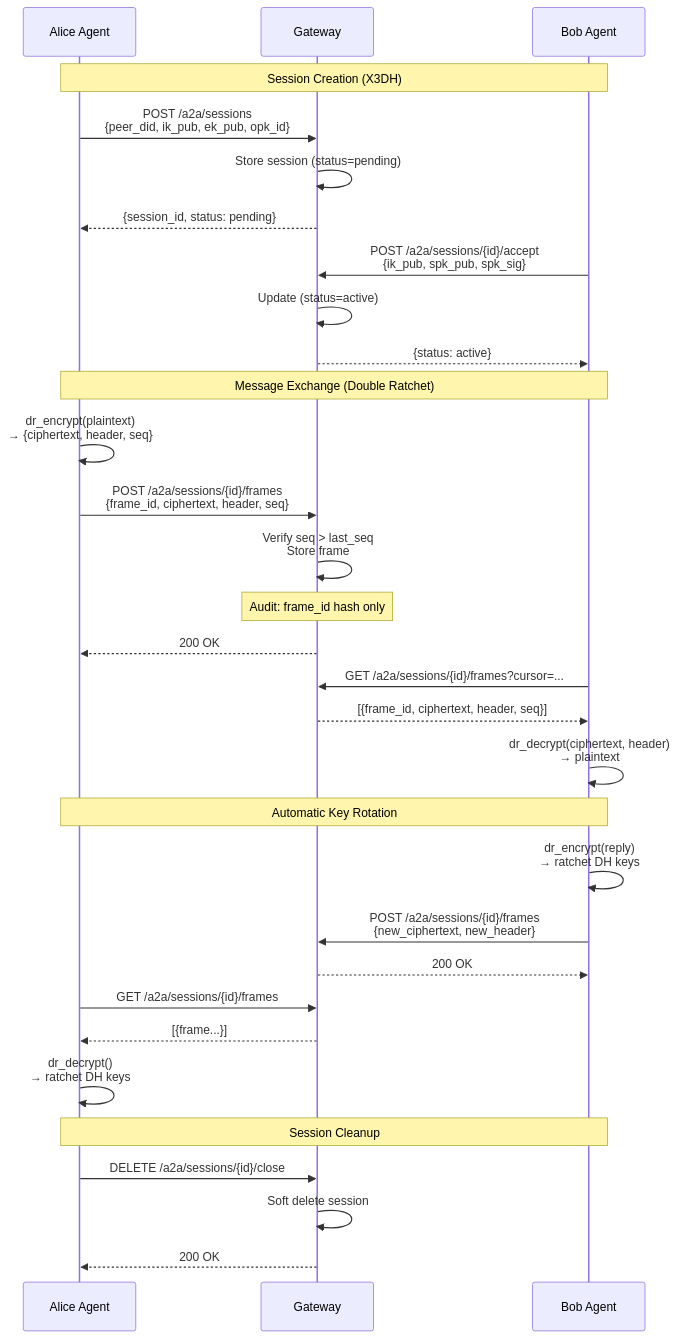
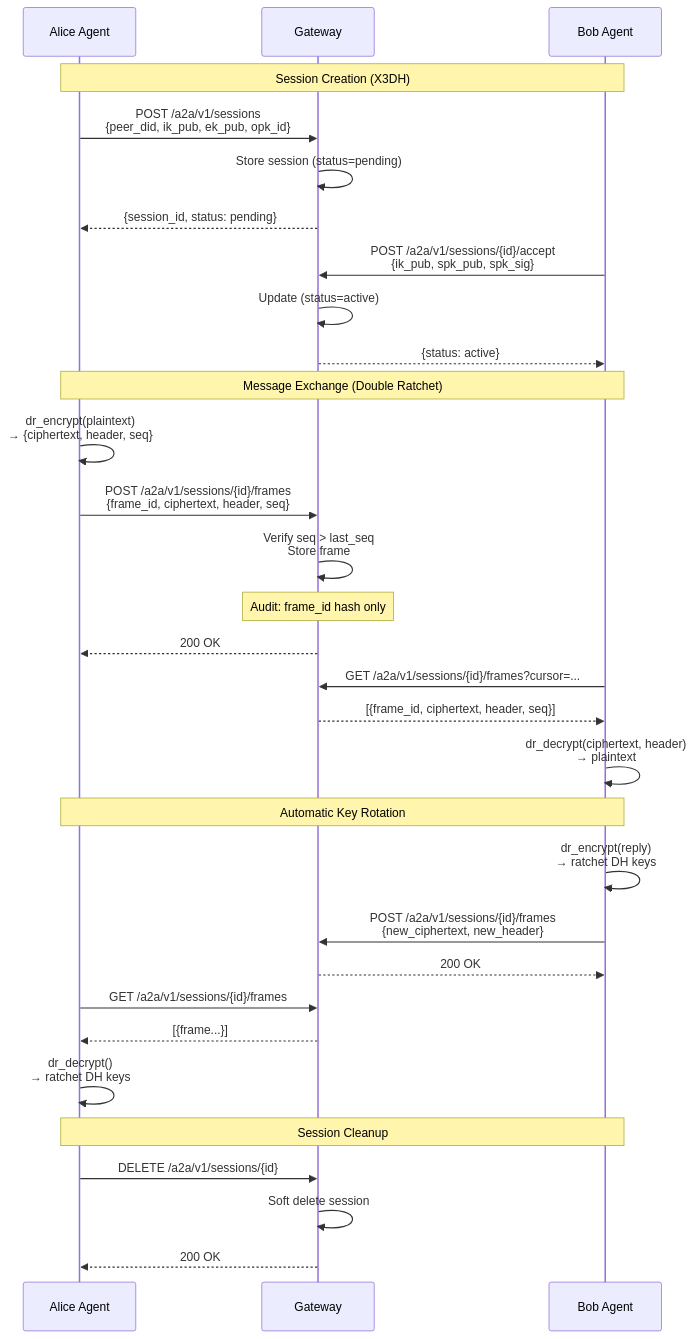
One commit to talosprotocol/talos-docs changed the diagram in features/messaging/a2a-channels.md. Above: the diagram before and after it, drawn with Mermaid. The commit also changed other lines of this file and 24 other files, not shown here.

````diff
--- a/features/messaging/a2a-channels.md
+++ b/features/messaging/a2a-channels.md
@@ -20,44 +24,44 @@
 ```mermaid
 sequenceDiagram
     participant Alice as Alice Agent
     participant GW as Gateway
     participant Bob as Bob Agent
     
     Note over Alice,Bob: Session Creation (X3DH)
     
-    Alice->>GW: POST /a2a/sessions<br/>{peer_did, ik_pub, ek_pub, opk_id}
+    Alice->>GW: POST /a2a/v1/sessions<br/>{peer_did, ik_pub, ek_pub, opk_id}
     GW->>GW: Store session (status=pending)
     GW-->>Alice: {session_id, status: pending}
     
-    Bob->>GW: POST /a2a/sessions/{id}/accept<br/>{ik_pub, spk_pub, spk_sig}
+    Bob->>GW: POST /a2a/v1/sessions/{id}/accept<br/>{ik_pub, spk_pub, spk_sig}
     GW->>GW: Update (status=active)
     GW-->>Bob: {status: active}
     
     Note over Alice,Bob: Message Exchange (Double Ratchet)
    
     Alice->>Alice: dr_encrypt(plaintext)<br/>→ {ciphertext, header, seq}
-    Alice->>GW: POST /a2a/sessions/{id}/frames<br/>{frame_id, ciphertext, header, seq}
+    Alice->>GW: POST /a2a/v1/sessions/{id}/frames<br/>{frame_id, ciphertext, header, seq}
     GW->>GW: Verify seq > last_seq<br/>Store frame
     Note over GW: Audit: frame_id hash only
     GW-->>Alice: 200 OK
     
-    Bob->>GW: GET /a2a/sessions/{id}/frames?cursor=...
+    Bob->>GW: GET /a2a/v1/sessions/{id}/frames?cursor=...
     GW-->>Bob: [{frame_id, ciphertext, header, seq}]
     Bob->>Bob: dr_decrypt(ciphertext, header)<br/>→ plaintext
     
     Note over Alice,Bob: Automatic Key Rotation
     
     Bob->>Bob: dr_encrypt(reply)<br/>→ ratchet DH keys
-    Bob->>GW: POST /a2a/sessions/{id}/frames<br/>{new_ciphertext, new_header}
+    Bob->>GW: POST /a2a/v1/sessions/{id}/frames<br/>{new_ciphertext, new_header}
     GW-->>Bob: 200 OK
     
-    Alice->>GW: GET /a2a/sessions/{id}/frames
+    Alice->>GW: GET /a2a/v1/sessions/{id}/frames
     GW-->>Alice: [{frame...}]
     Alice->>Alice: dr_decrypt()<br/>→ ratchet DH keys
     
     Note over Alice,Bob: Session Cleanup
     
-    Alice->>GW: DELETE /a2a/sessions/{id}/close
+    Alice->>GW: DELETE /a2a/v1/sessions/{id}
     GW->>GW: Soft delete session
     GW-->>Alice: 200 OK
 ```
````
